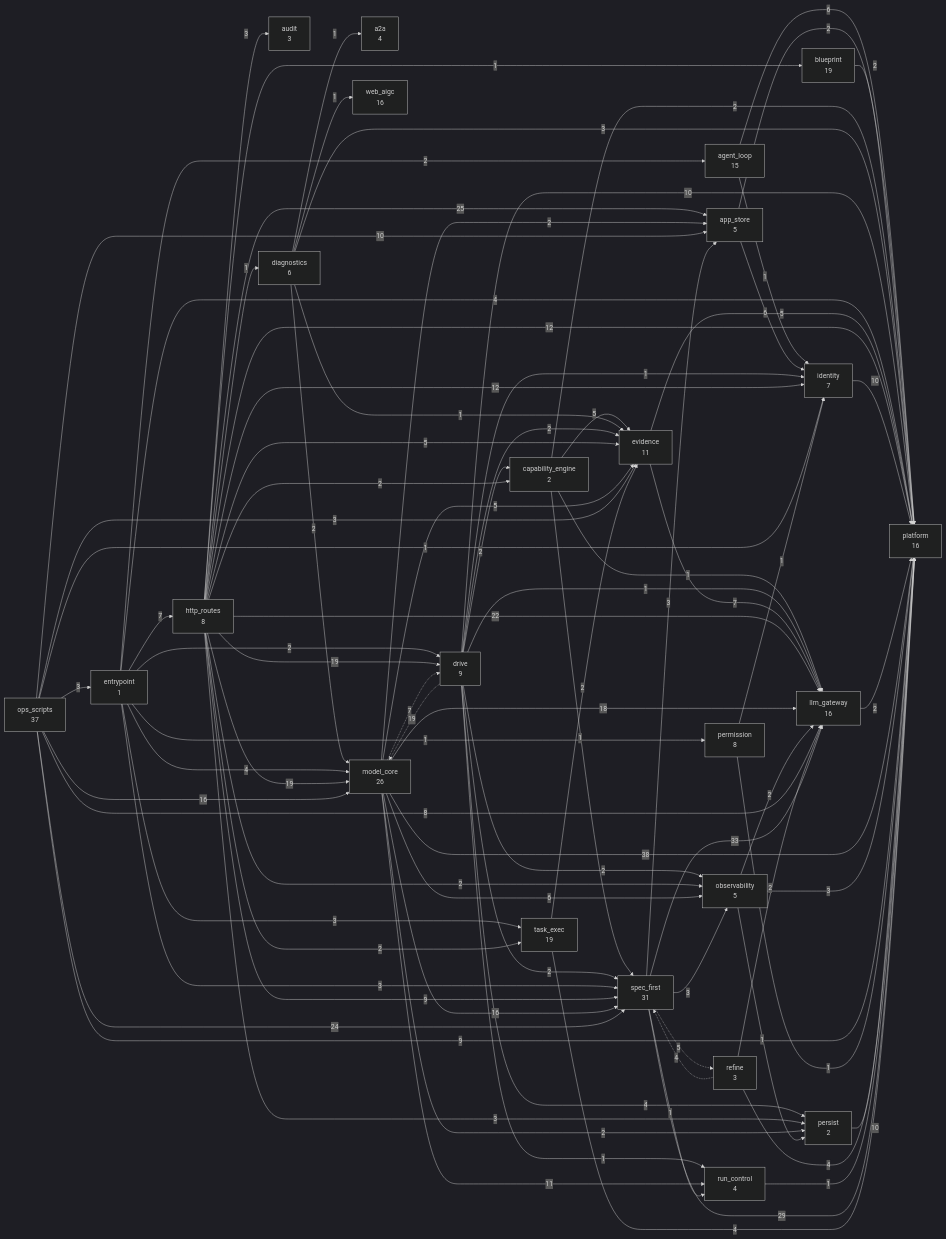
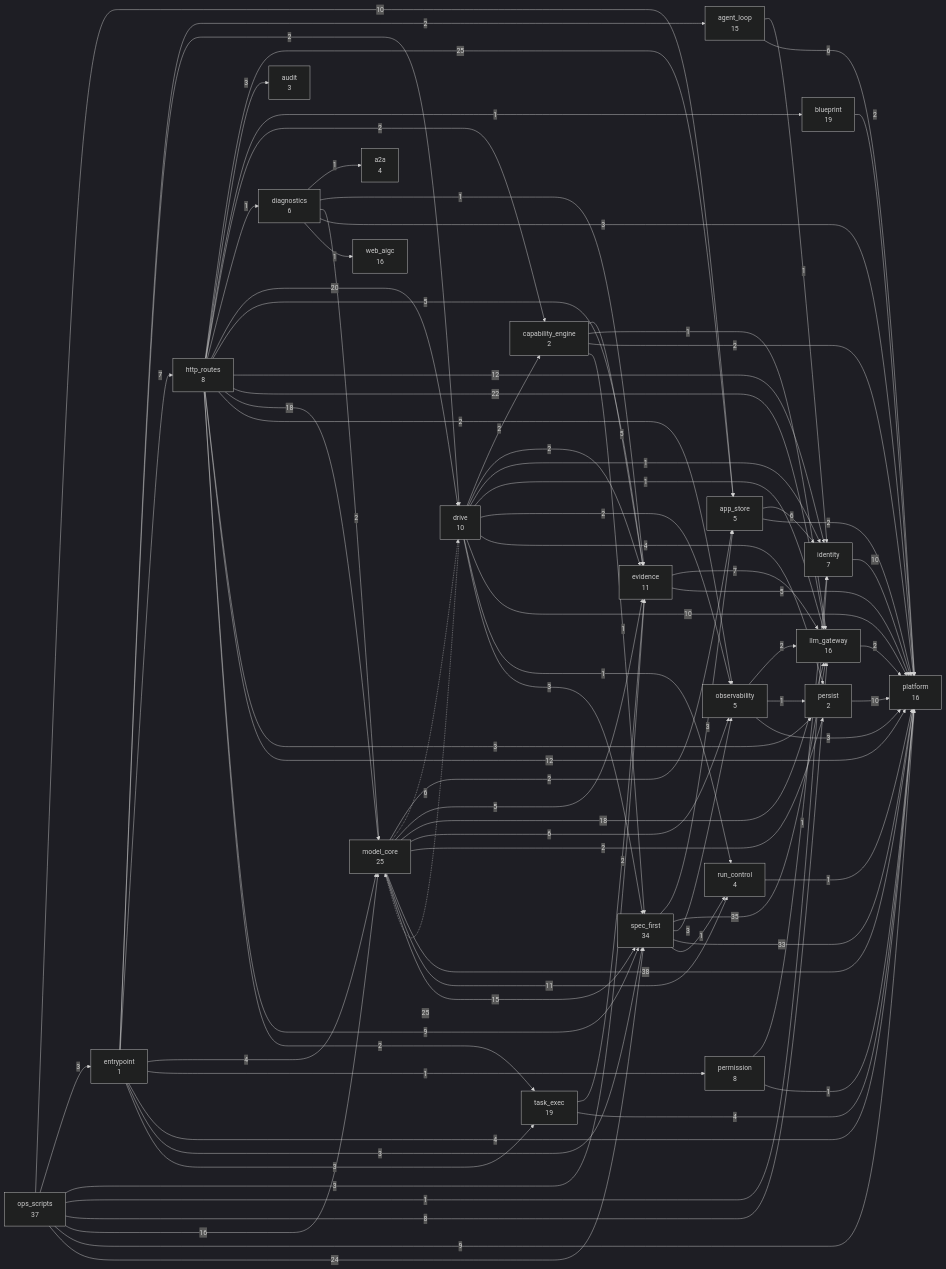
Before and after one commit to 2686521696/WhyBuddy: the second of 2 diagrams in docs/SlideRule V6.2 架构图（自动生成）.md, drawn with Mermaid (dark theme). The commit also changed other lines of this file and 5 other files, not shown here.

First line of the commit message:
组间环 2→1：refine 并进 spec_first；我拿一个错的测量挡下过这件事

```diff
--- a/docs/SlideRule V6.2 架构图（自动生成）.md
+++ b/docs/SlideRule V6.2 架构图（自动生成）.md
@@ -97,21 +97,20 @@
   blueprint["blueprint<br/>19"]
   capability_engine["capability_engine<br/>2"]
   diagnostics["diagnostics<br/>6"]
-  drive["drive<br/>9"]
+  drive["drive<br/>10"]
   entrypoint["entrypoint<br/>1"]
   evidence["evidence<br/>11"]
   http_routes["http_routes<br/>8"]
   identity["identity<br/>7"]
   llm_gateway["llm_gateway<br/>16"]
-  model_core["model_core<br/>26"]
+  model_core["model_core<br/>25"]
   observability["observability<br/>5"]
   ops_scripts["ops_scripts<br/>37"]
   permission["permission<br/>8"]
   persist["persist<br/>2"]
   platform["platform<br/>16"]
-  refine["refine<br/>3"]
   run_control["run_control<br/>4"]
-  spec_first["spec_first<br/>31"]
+  spec_first["spec_first<br/>34"]
   task_exec["task_exec<br/>19"]
   web_aigc["web_aigc<br/>16"]
   agent_loop -->|1| identity
@@ -132,12 +131,12 @@
   drive -->|2| evidence
   drive -->|1| identity
   drive -->|1| llm_gateway
-  drive -.->|19| model_core
+  drive -.->|25| model_core
   drive -->|2| observability
   drive -->|4| persist
   drive -->|10| platform
   drive -->|1| run_control
-  drive -->|2| spec_first
+  drive -->|3| spec_first
   entrypoint -->|2| agent_loop
   entrypoint -->|2| drive
   entrypoint -->|7| http_routes
@@ -153,11 +152,11 @@
   http_routes -->|1| blueprint
   http_routes -->|2| capability_engine
   http_routes -->|1| diagnostics
-  http_routes -->|19| drive
+  http_routes -->|20| drive
   http_routes -->|5| evidence
   http_routes -->|12| identity
   http_routes -->|22| llm_gateway
-  http_routes -->|19| model_core
+  http_routes -->|18| model_core
   http_routes -->|2| observability
   http_routes -->|3| persist
   http_routes -->|12| platform
@@ -166,14 +165,14 @@
   identity -->|10| platform
   llm_gateway -->|2| platform
   model_core -->|2| app_store
-  model_core -.->|7| drive
+  model_core -.->|6| drive
   model_core -->|5| evidence
   model_core -->|18| llm_gateway
   model_core -->|6| observability
   model_core -->|2| persist
   model_core -->|38| platform
   model_core -->|11| run_control
-  model_core -->|16| spec_first
+  model_core -->|15| spec_first
   observability -->|2| llm_gateway
   observability -->|1| persist
   observability -->|3| platform
@@ -188,15 +187,11 @@
   permission -->|1| identity
   permission -->|1| platform
   persist -->|10| platform
-  refine -->|2| llm_gateway
-  refine -->|4| platform
-  refine -.->|4| spec_first
   run_control -->|1| platform
   spec_first -->|3| app_store
-  spec_first -->|33| llm_gateway
+  spec_first -->|35| llm_gateway
   spec_first -->|3| observability
-  spec_first -->|29| platform
-  spec_first -.->|5| refine
+  spec_first -->|33| platform
   spec_first -->|1| run_control
   task_exec -->|2| evidence
   task_exec -->|4| platform
```
